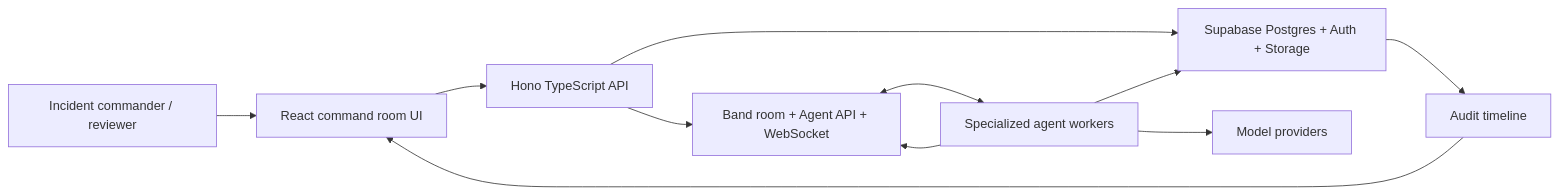
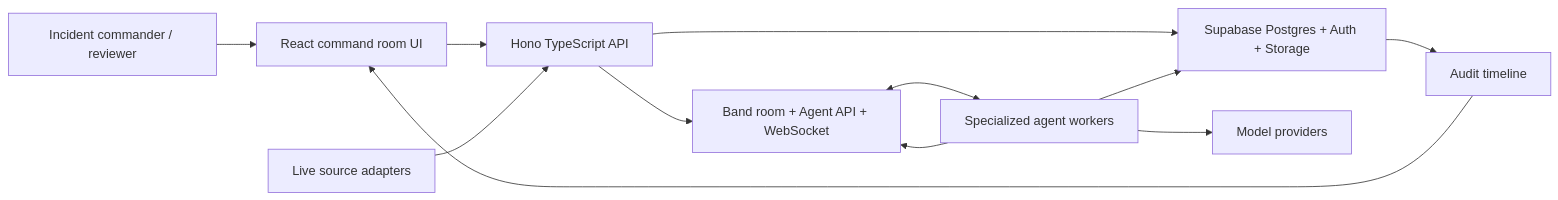
One commit to Dr-mkelvo/crisiscoord changed the diagram in docs/architecture/system-architecture.md. Above: the diagram before and after it, drawn with Mermaid. The commit also changed other lines of this file and 16 other files, not shown here.

````diff
--- a/docs/architecture/system-architecture.md
+++ b/docs/architecture/system-architecture.md
@@ -13,22 +13,24 @@
 ```mermaid
 flowchart LR
   User["Incident commander / reviewer"]
   UI["React command room UI"]
   API["Hono TypeScript API"]
+  Sources["Live source adapters"]
   DB["Supabase Postgres + Auth + Storage"]
   Band["Band room + Agent API + WebSocket"]
   Agents["Specialized agent workers"]
   Models["Model providers"]
   Audit["Audit timeline"]
 
   User --> UI
   UI --> API
+  Sources --> API
   API --> DB
   API --> Band
   Band <--> Agents
   Agents --> Models
   Agents --> Band
   Agents --> DB
   DB --> Audit
   Audit --> UI
 ```
````
